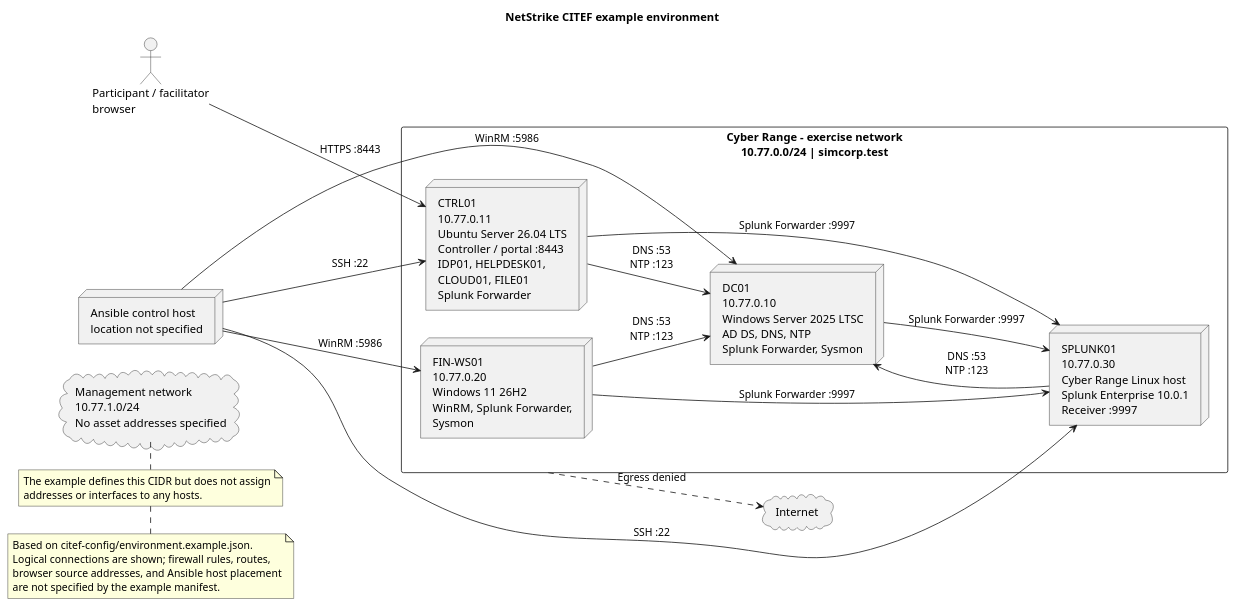
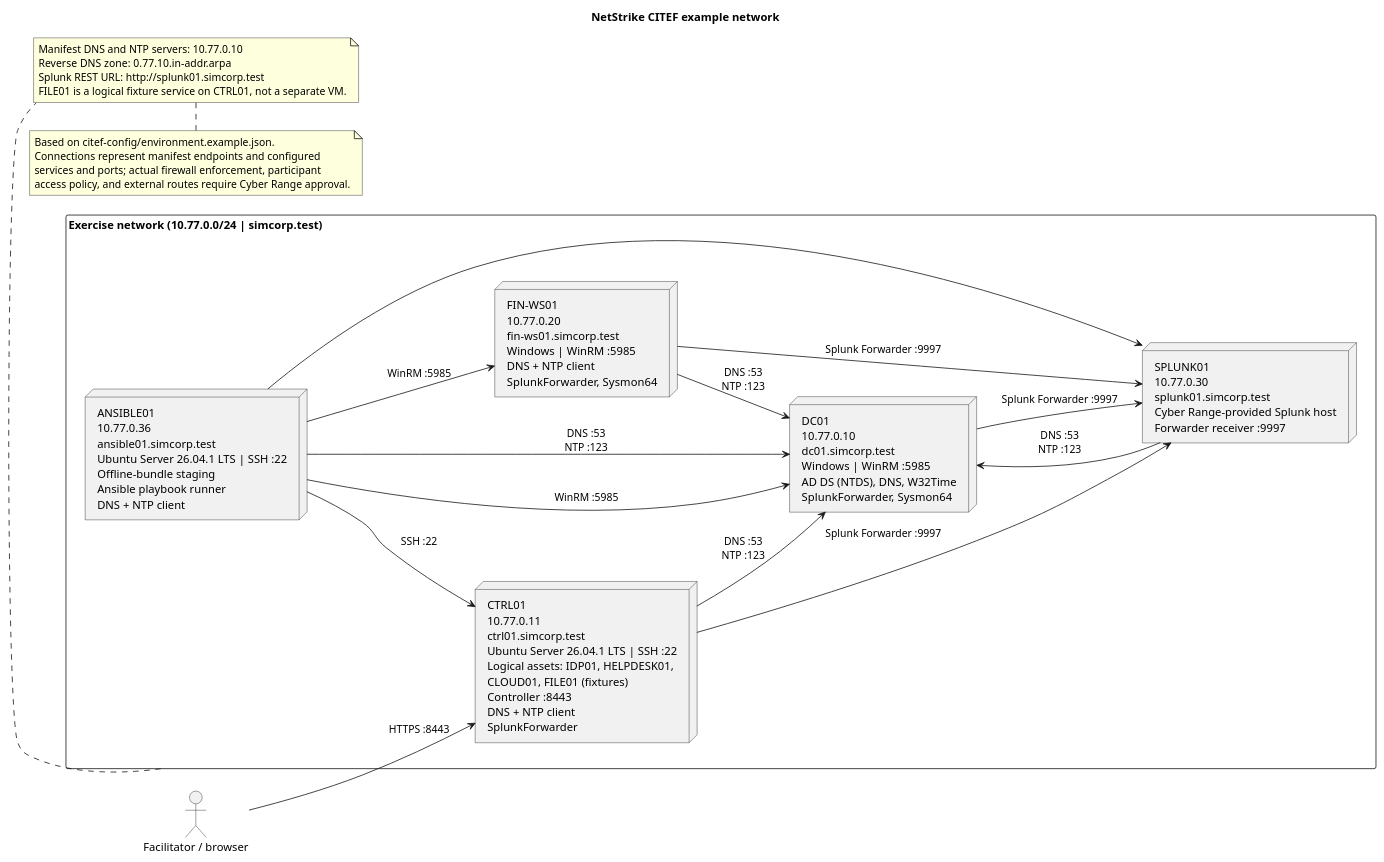
One commit to Netstrike-development-team/NetStrike_Capstone_17 changed the diagram in docs/network-diagram.puml. Above: the diagram before and after it, drawn with PlantUML. The commit also changed 41 other files, not shown here.

First line of the commit message:
Provision and validate the offline Cyber Range environment (#190)

```diff
--- a/docs/network-diagram.puml
+++ b/docs/network-diagram.puml
@@ -1,39 +1,47 @@
 @startuml
-title NetStrike CITEF example environment
+title NetStrike CITEF example network
 left to right direction
 skinparam componentStyle rectangle
 skinparam packageStyle rectangle
+skinparam packageTitleAlignment left
 skinparam shadowing false
-actor "Participant / facilitator\nbrowser" as Browser
-cloud "Internet" as Internet
-node "Ansible control host\nlocation not specified" as Ansible
-package "Cyber Range - exercise network\n10.77.0.0/24 | simcorp.test" as Exercise {
-  node "DC01\n10.77.0.10\nWindows Server 2025 LTSC\nAD DS, DNS, NTP\nSplunk Forwarder, Sysmon" as DC
-  node "CTRL01\n10.77.0.11\nUbuntu Server 26.04 LTS\nController / portal :8443\nIDP01, HELPDESK01,\nCLOUD01, FILE01\nSplunk Forwarder" as CTRL
-  node "FIN-WS01\n10.77.0.20\nWindows 11 26H2\nWinRM, Splunk Forwarder,\nSysmon" as WS
-  node "SPLUNK01\n10.77.0.30\nCyber Range Linux host\nSplunk Enterprise 10.0.1\nReceiver :9997" as SPLUNK
+
+actor "Facilitator / browser" as Browser
+
+package "Exercise network (10.77.0.0/24 | simcorp.test)" as Exercise {
+  node "ANSIBLE01\n10.77.0.36\nansible01.simcorp.test\nUbuntu Server 26.04.1 LTS | SSH :22\nOffline-bundle staging\nAnsible playbook runner\nDNS + NTP client" as Ansible
+  node "CTRL01\n10.77.0.11\nctrl01.simcorp.test\nUbuntu Server 26.04.1 LTS | SSH :22\nLogical assets: IDP01, HELPDESK01,\nCLOUD01, FILE01 (fixtures)\nController :8443\nDNS + NTP client\nSplunkForwarder" as CTRL
+  node "DC01\n10.77.0.10\ndc01.simcorp.test\nWindows | WinRM :5985\nAD DS (NTDS), DNS, W32Time\nSplunkForwarder, Sysmon64" as DC
+  node "FIN-WS01\n10.77.0.20\nfin-ws01.simcorp.test\nWindows | WinRM :5985\nDNS + NTP client\nSplunkForwarder, Sysmon64" as WS
+  node "SPLUNK01\n10.77.0.30\nsplunk01.simcorp.test\nCyber Range-provided Splunk host\nForwarder receiver :9997" as SPLUNK
 }
-cloud "Management network\n10.77.1.0/24\nNo asset addresses specified" as Management
+
 Browser --> CTRL : HTTPS :8443
-Ansible --> DC : WinRM :5986
-Ansible --> WS : WinRM :5986
 Ansible --> CTRL : SSH :22
-Ansible --> SPLUNK : SSH :22
+Ansible --> DC : WinRM :5985
+Ansible --> WS : WinRM :5985
+Ansible --> SPLUNK
+
 CTRL --> DC : DNS :53\nNTP :123
+Ansible --> DC : DNS :53\nNTP :123
 WS --> DC : DNS :53\nNTP :123
 SPLUNK --> DC : DNS :53\nNTP :123
+
 CTRL --> SPLUNK : Splunk Forwarder :9997
 DC --> SPLUNK : Splunk Forwarder :9997
 WS --> SPLUNK : Splunk Forwarder :9997
-Exercise ..> Internet : Egress denied
-note bottom of Management
-  The example defines this CIDR but does not assign
-  addresses or interfaces to any hosts.
+
+note bottom of Exercise
+  Manifest DNS and NTP servers: 10.77.0.10
+  Reverse DNS zone: 0.77.10.in-addr.arpa
+  Splunk REST URL: http://splunk01.simcorp.test
+  FILE01 is a logical fixture service on CTRL01, not a separate VM.
 end note
+
 note bottom
   Based on citef-config/environment.example.json.
-  Logical connections are shown; firewall rules, routes,
-  browser source addresses, and Ansible host placement
-  are not specified by the example manifest.
+  Connections represent manifest endpoints and configured
+  services and ports; actual firewall enforcement, participant
+  access policy, and external routes require Cyber Range approval.
 end note
 @enduml
```
